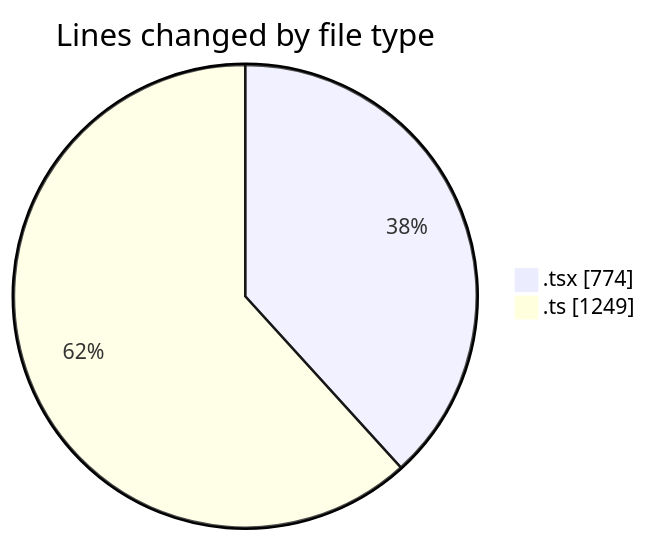
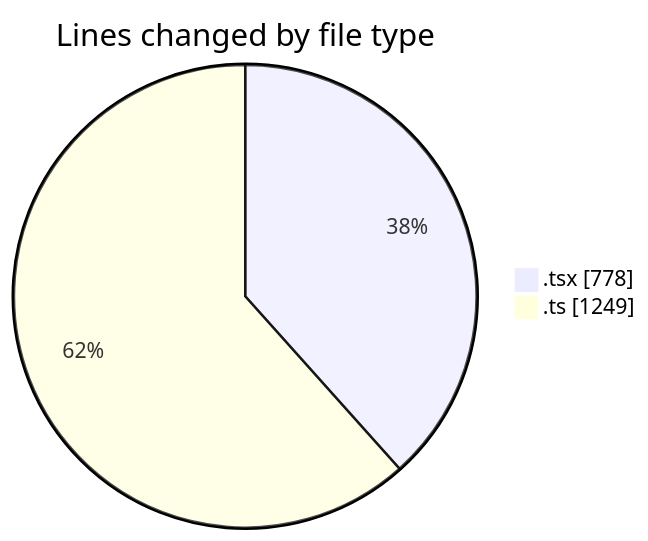
One commit to julien-gomy/code-tracking changed the first of 2 diagrams in 2025-10-20/eventscop-frontend-guide__workspace_/README.md. Above: the diagram before and after it, drawn with Mermaid. The commit also changed other lines of this file and 1 other file, not shown here.

````diff
--- a/2025-10-20/eventscop-frontend-guide__workspace_/README.md
+++ b/2025-10-20/eventscop-frontend-guide__workspace_/README.md
@@ -38,6 +38,6 @@
 ```mermaid
 pie showData
 title Lines changed by file type
-".tsx" : 774
+".tsx" : 778
 ".ts" : 1249
 ```
````
